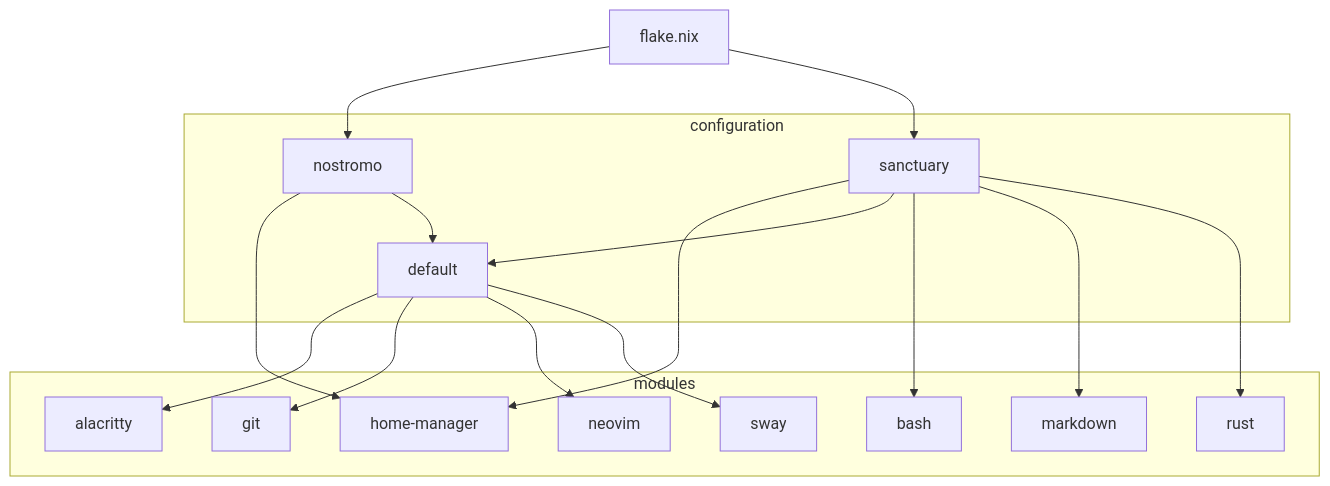
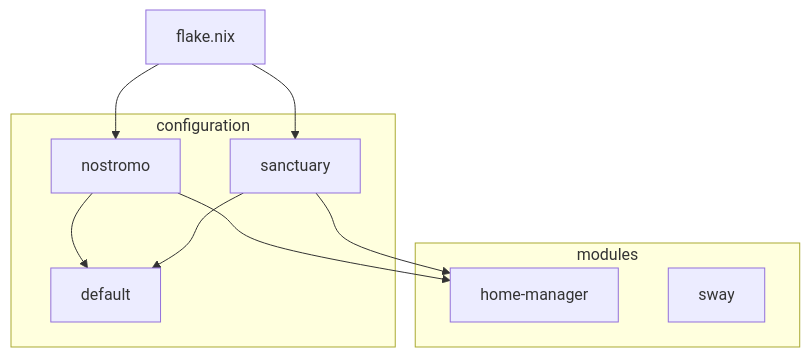
One commit to yozhgoor/nixos changed the diagram in README.md. Above: the diagram before and after it, drawn with Mermaid. The commit also changed other lines of this file and 6 other files, not shown here.

````diff
--- a/README.md
+++ b/README.md
@@ -7,36 +7,21 @@
 ```mermaid
 flowchart TD
     subgraph configuration
         nostromo
         sanctuary
         default
     end
     subgraph modules
-        alacritty
-        bash
-        git
         home-manager
-        markdown
-        neovim
-        rust
         sway
     end
 
 flake.nix-->nostromo
 flake.nix-->sanctuary
 
 nostromo-->home-manager
 nostromo-->default
 
 sanctuary-->home-manager
 sanctuary-->default
-
-sanctuary-->bash
-sanctuary-->markdown
-sanctuary-->rust
-
-default-->alacritty
-default-->git
-default-->neovim
-default-->sway
 ```
````
